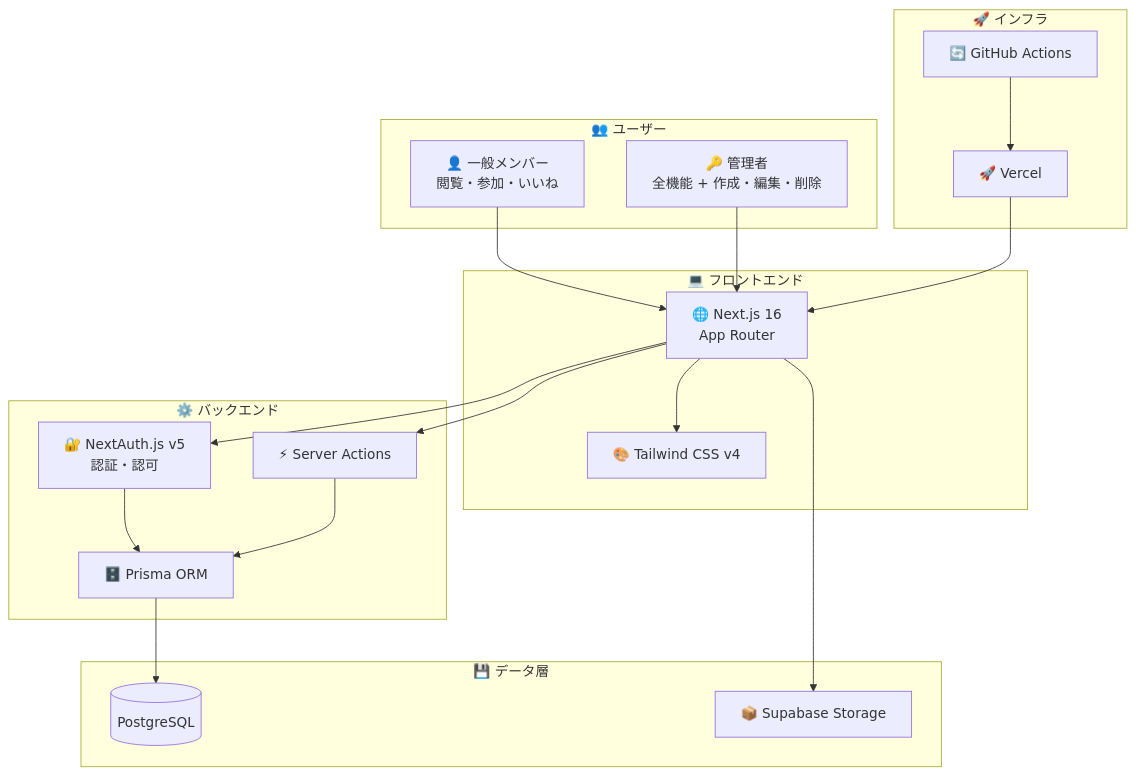
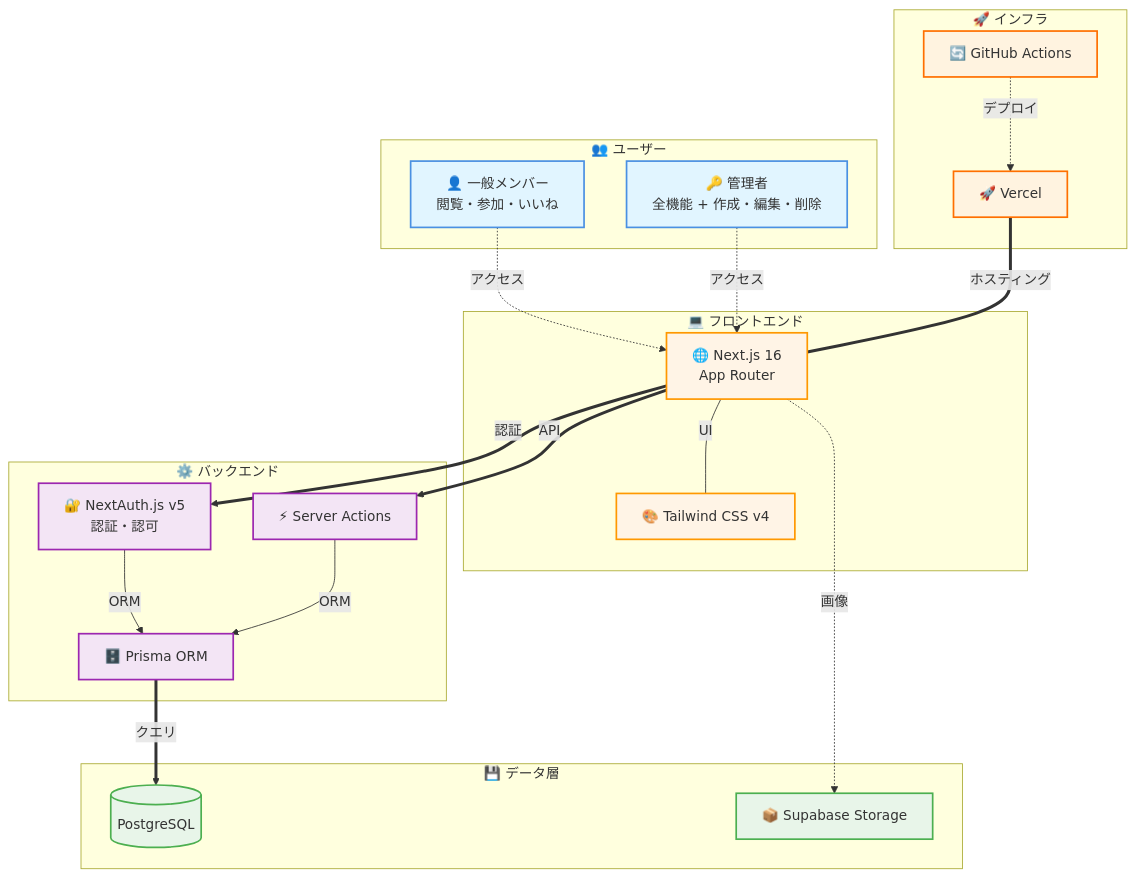
Before and after one commit to shuhei0720/keion-circle-site: the first of 12 diagrams in README.md, drawn with Mermaid. The commit also changed other lines of this file, not shown here.

First line of the commit message:
docs: README図の改善

````diff
--- a/README.md
+++ b/README.md
@@ -40,40 +40,52 @@
 ```mermaid
 graph TB
-    subgraph "👥 ユーザー"
+    subgraph users["👥 ユーザー"]
         A[👤 一般メンバー<br/>閲覧・参加・いいね]
         B[🔑 管理者<br/>全機能 + 作成・編集・削除]
     end
     
-    subgraph "💻 フロントエンド"
+    subgraph frontend["💻 フロントエンド"]
         C[🌐 Next.js 16<br/>App Router]
         D[🎨 Tailwind CSS v4]
     end
     
-    subgraph "⚙️ バックエンド"
+    subgraph backend["⚙️ バックエンド"]
         E[🔐 NextAuth.js v5<br/>認証・認可]
         F[⚡ Server Actions]
         G[🗄️ Prisma ORM]
     end
     
-    subgraph "💾 データ層"
+    subgraph data["💾 データ層"]
         H[(PostgreSQL)]
         I[📦 Supabase Storage]
     end
     
-    subgraph "🚀 インフラ"
+    subgraph infra["🚀 インフラ"]
         J[🚀 Vercel]
         K[🔄 GitHub Actions]
     end
     
-    A --> C
-    B --> C
-    C --> D
-    C --> E
-    C --> F
-    E --> G
-    F --> G
-    G --> H
-    C --> I
-    J --> C
-    K --> J
+    A -.->|アクセス| C
+    B -.->|アクセス| C
+    C ---|UI| D
+    C ==>|認証| E
+    C ==>|API| F
+    E -->|ORM| G
+    F -->|ORM| G
+    G ==>|クエリ| H
+    C -.->|画像| I
+    J ===|ホスティング| C
+    K -.->|デプロイ| J
+    
+    classDef userStyle fill:#e1f5ff,stroke:#4a90e2,stroke-width:2px
+    classDef frontStyle fill:#fff4e6,stroke:#ff9800,stroke-width:2px
+    classDef backStyle fill:#f3e5f5,stroke:#9c27b0,stroke-width:2px
+    classDef dataStyle fill:#e8f5e9,stroke:#4caf50,stroke-width:2px
+    classDef infraStyle fill:#fff3e0,stroke:#ff6f00,stroke-width:2px
+    
+    class A,B userStyle
+    class C,D frontStyle
+    class E,F,G backStyle
+    class H,I dataStyle
+    class J,K infraStyle
 ```
````
